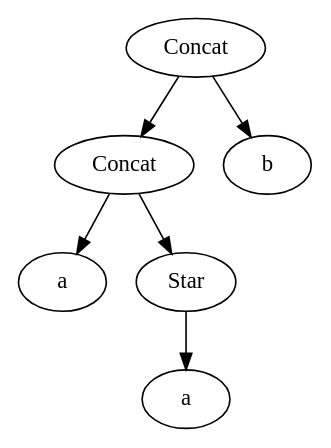
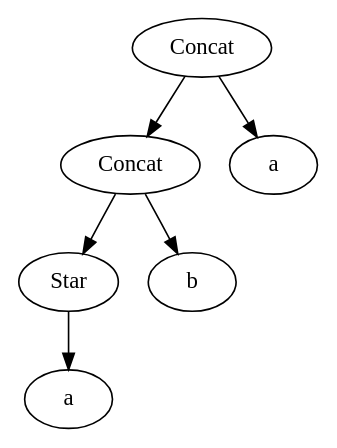
The diagram in regex.dot (jleveau/regex-data-gen), drawn with Graphviz before and after one commit. The commit also changed 11 other files, not shown here.

```diff
--- a/regex.dot
+++ b/regex.dot
@@ -1,14 +1,14 @@
 digraph G { 
 	5 -> 3;
-	3 -> 0;
+	3 -> 1;
+	1 -> 0;
 	3 -> 2;
-	2 -> 1;
 	5 -> 4;
 	5 [label= "Concat"] ;
 	3 [label= "Concat"] ;
+	1 [label= "Star"] ;
 	0 [label= "a"] ;
-	2 [label= "Star"] ;
-	1 [label= "a"] ;
-	4 [label= "b"] ;
+	2 [label= "b"] ;
+	4 [label= "a"] ;
 
 }
```
